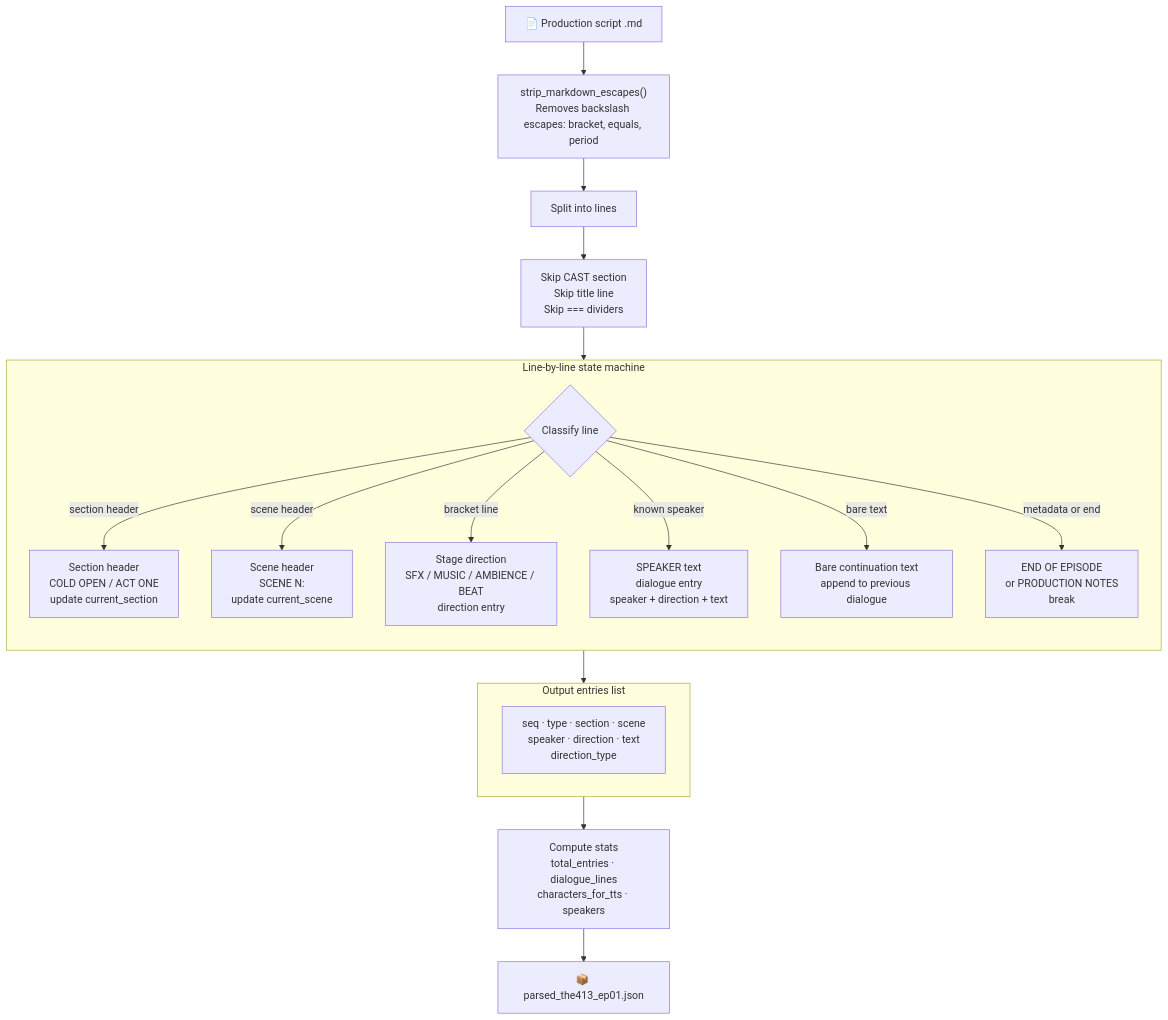
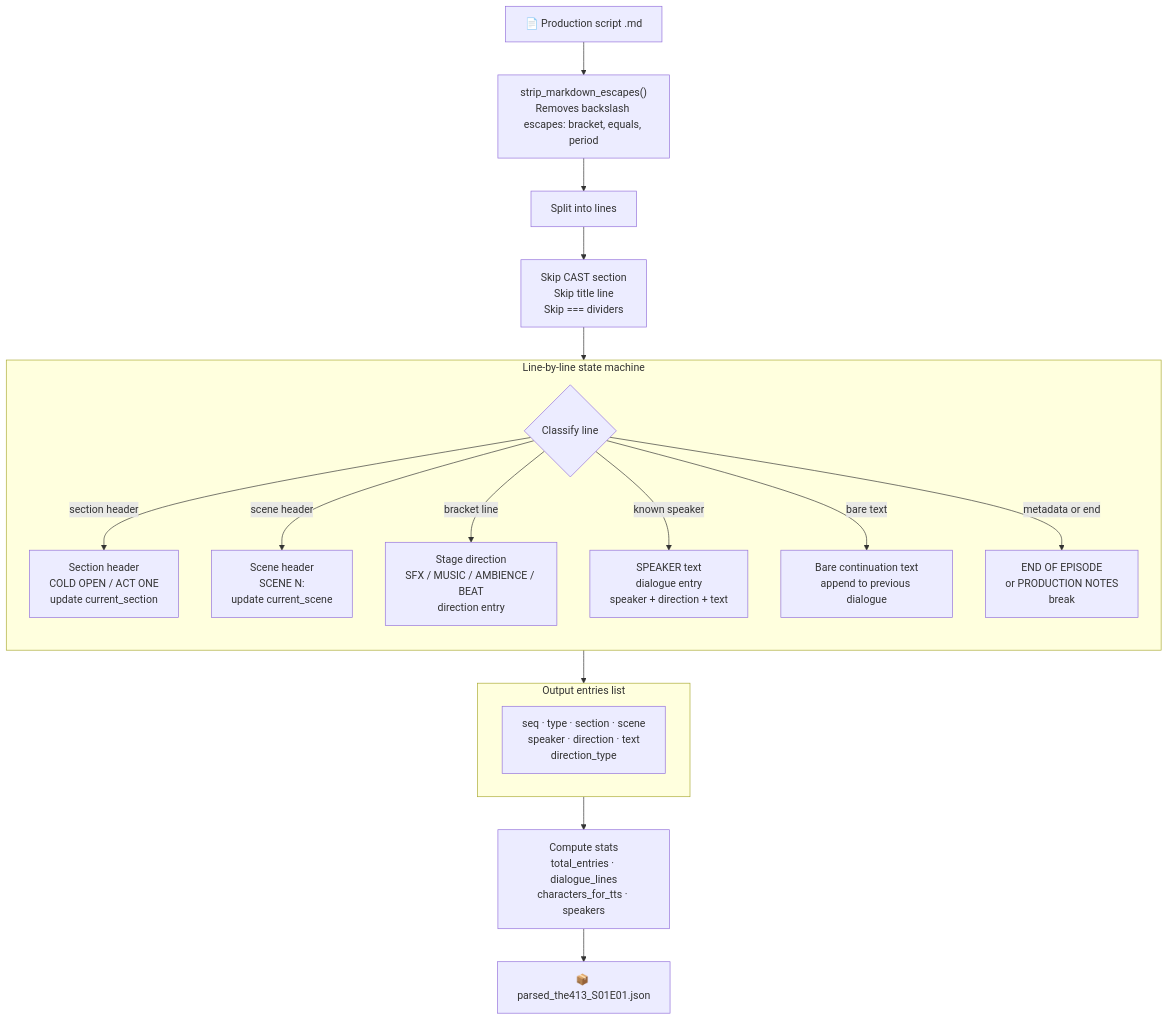
The second of 7 diagrams in docs/pipeline.md (tazlin/xil-pipeline), drawn with Mermaid before and after one commit. The commit also changed other lines of this file and 16 other files, not shown here.

````diff
--- a/docs/pipeline.md
+++ b/docs/pipeline.md
@@ -40,56 +40,56 @@
 ```mermaid
 flowchart TD
     IN["📄 Production script .md"]
     ESC["`strip_markdown_escapes()
     Removes backslash escapes: bracket, equals, period`"]
     LINES["Split into lines"]
     SKIP["`Skip CAST section
     Skip title line
     Skip === dividers`"]
 
     LINES --> SKIP --> LOOP
 
     subgraph LOOP["Line-by-line state machine"]
         direction TB
         CHK{"Classify line"}
         SEC["`Section header
         COLD OPEN / ACT ONE
         update current_section`"]
         SCN["`Scene header
         SCENE N:
         update current_scene`"]
         DIR["`Stage direction
         SFX / MUSIC / AMBIENCE / BEAT
         direction entry`"]
         DLG["`SPEAKER text
         dialogue entry
         speaker + direction + text`"]
         CONT["`Bare continuation text
         append to previous dialogue`"]
         STOP["`END OF EPISODE
         or PRODUCTION NOTES
         break`"]
 
         CHK -->|section header| SEC
         CHK -->|scene header| SCN
         CHK -->|bracket line| DIR
         CHK -->|known speaker| DLG
         CHK -->|bare text| CONT
         CHK -->|metadata or end| STOP
     end
 
     IN --> ESC --> LINES
     LOOP --> ENTRIES
 
     subgraph ENTRIES["Output entries list"]
         direction LR
         E1["`seq · type · section · scene
         speaker · direction · text
         direction_type`"]
     end
 
     ENTRIES --> STATS["`Compute stats
     total_entries · dialogue_lines
     characters_for_tts · speakers`"]
-    STATS --> JSON["📦 parsed_the413_ep01.json"]
+    STATS --> JSON["📦 parsed_the413_S01E01.json"]
 ```
````
